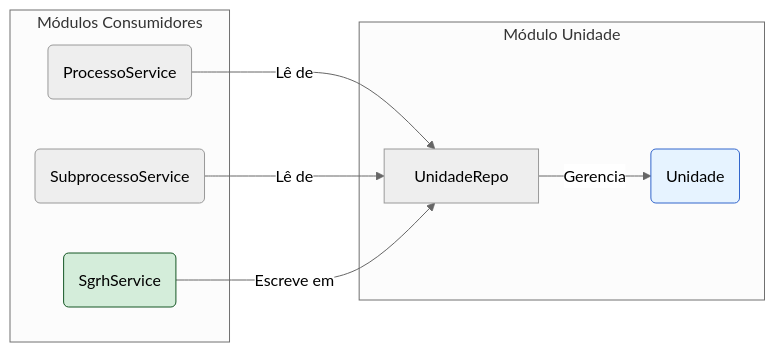
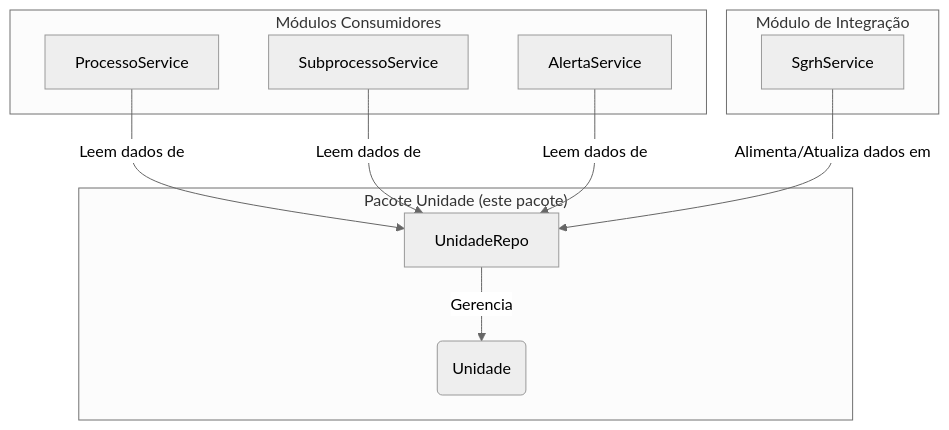
Before and after one commit to lgalvao/sgc: the diagram in backend/src/main/java/sgc/unidade/README.md, drawn with Mermaid (neutral theme). The commit also changed other lines of this file and 12 other files, not shown here.

````diff
--- a/backend/src/main/java/sgc/unidade/README.md
+++ b/backend/src/main/java/sgc/unidade/README.md
@@ -41,22 +11,23 @@
 ```mermaid
-graph LR
-    subgraph "Módulo Unidade"
-        A(Unidade)
-        B[UnidadeRepo]
+graph TD
+    subgraph "Pacote Unidade (este pacote)"
+        Modelo(Unidade)
+        Repo[UnidadeRepo]
     end
 
     subgraph "Módulos Consumidores"
-        C(ProcessoService)
-        D(SubprocessoService)
-        E(SgrhService)
+        ProcessoService
+        SubprocessoService
+        AlertaService
     end
 
-    C -- Lê de --> B
-    D -- Lê de --> B
-    E -- Escreve em --> B
+    subgraph "Módulo de Integração"
+        SgrhService
+    end
 
-    B -- Gerencia --> A
+    ProcessoService & SubprocessoService & AlertaService -- Leem dados de --> Repo
 
-    style A fill:#e6f3ff,stroke:#36c
-    style E fill:#d4edda,stroke:#155724
+    SgrhService -- Alimenta/Atualiza dados em --> Repo
+
+    Repo -- Gerencia --> Modelo
 ```
````
